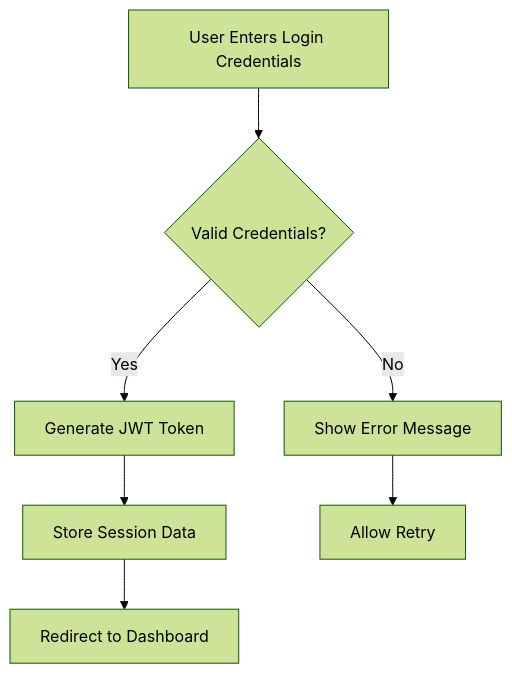
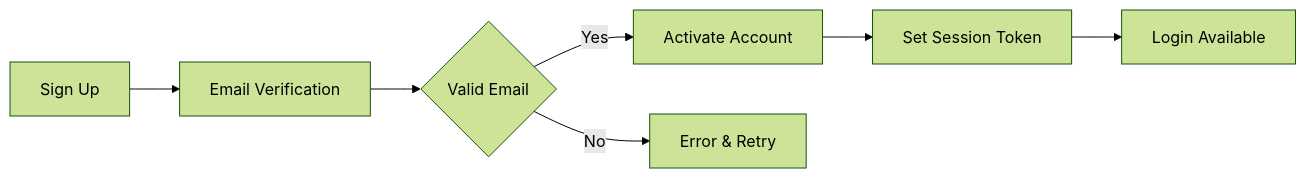
The first of 2 diagrams in qwen/qwen3-30b-a3b-thinking-2507/shopping/docs/analysis/00-toc.md (wrtnlabs/autobe-examples), drawn with Mermaid (forest theme) before and after one commit. The commit also changed other lines of this file and 9391 other files, not shown here.

````diff
--- a/qwen/qwen3-30b-a3b-thinking-2507/shopping/docs/analysis/00-toc.md
+++ b/qwen/qwen3-30b-a3b-thinking-2507/shopping/docs/analysis/00-toc.md
@@ -40,9 +27,9 @@
 ```mermaid
-graph TD
-A[User Enters Login Credentials] --> B{Valid Credentials?}
-B -->|Yes| C[Generate JWT Token]
-B -->|No| D[Show Error Message]
-C --> E[Store Session Data]
-E --> F[Redirect to Dashboard]
-D --> G[Allow Retry]
-```
+graph LR
+  A[Sign Up] --> B[Email Verification]
+  B --> C{Valid Email}
+  C -->|Yes| D[Activate Account]
+  C -->|No| E[Error & Retry]
+  D --> F[Set Session Token]
+  F --> G[Login Available]
+```  
````
